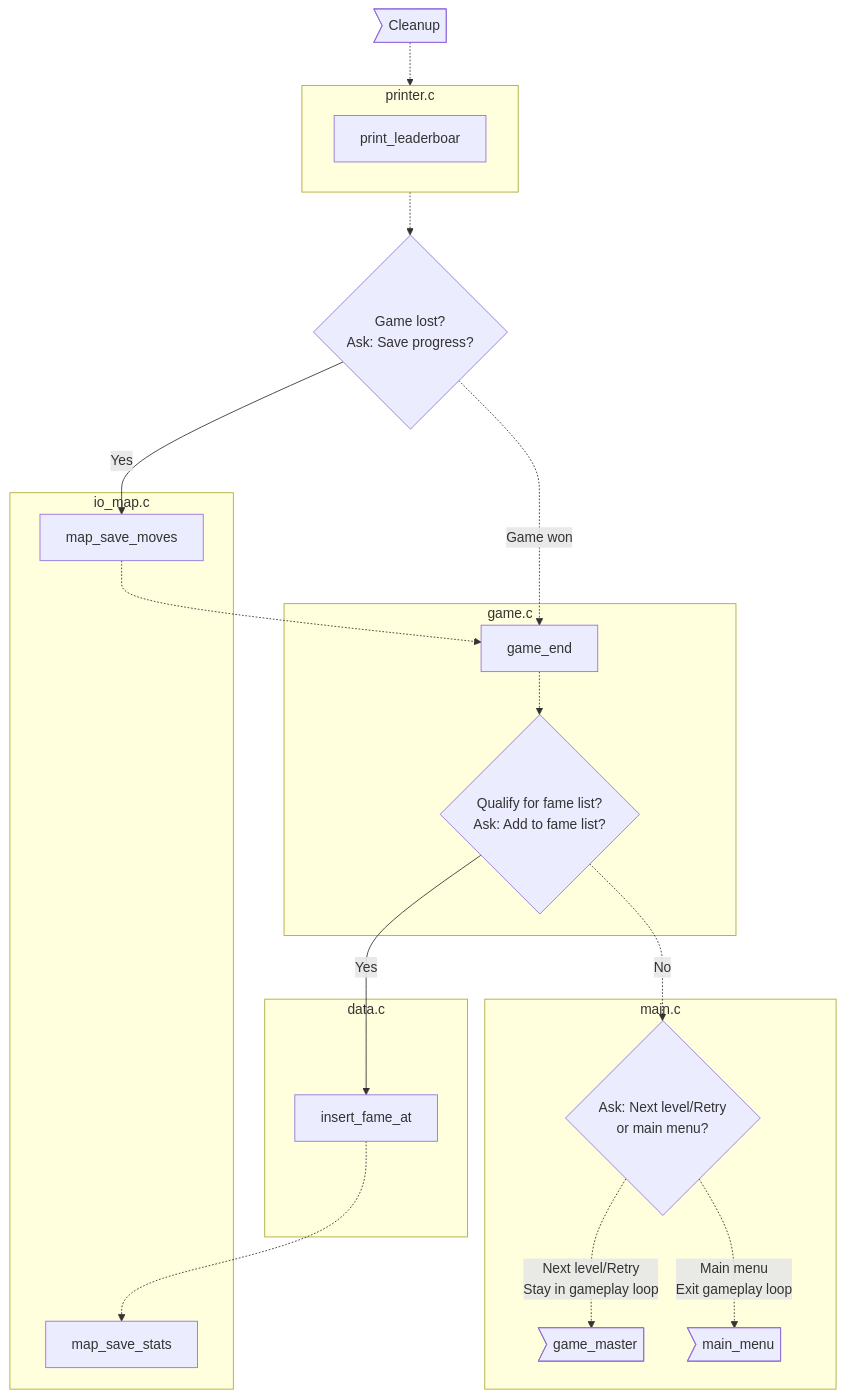
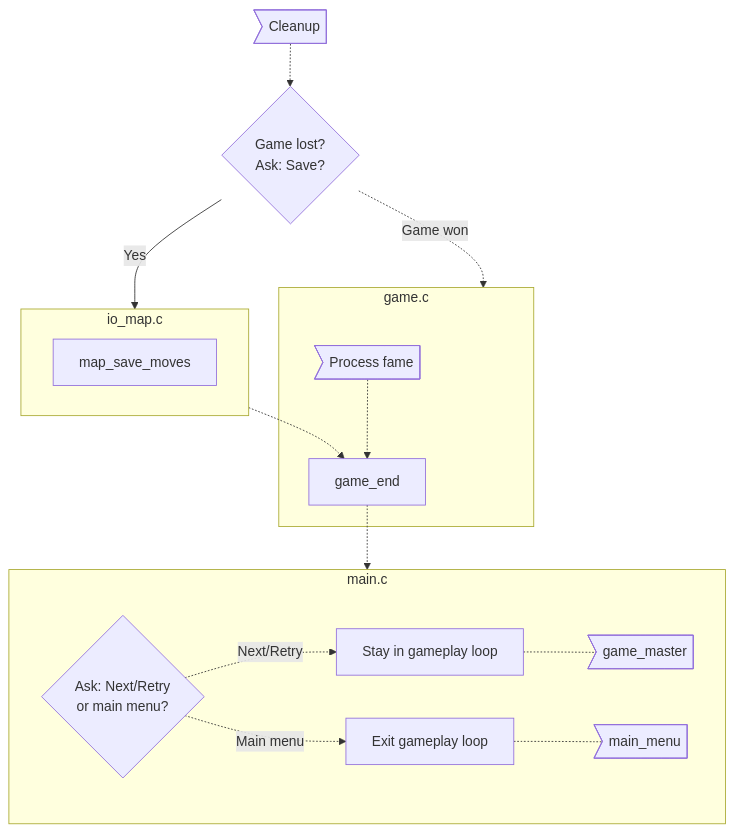
The fifth of 6 diagrams in DEV_DOC.md (zsotroav/Schokoban), drawn with Mermaid before and after one commit. The commit also changed other lines of this file, not shown here.

````diff
--- a/DEV_DOC.md
+++ b/DEV_DOC.md
@@ -161,36 +201,26 @@
 ```mermaid
-
 flowchart TD
    cleanup>Cleanup]
-   -.-> printer
-   -.-> game_won{Game lost?\nAsk: Save progress?}
-   --> |Yes| map_save_moves -.-> game_e["game_end"]
-   game_won -.-> |Game won| game_e
-
-   subgraph printer[printer.c]
-      print_leaderboar
-   end 
+   -.-> game_won{Game lost?\nAsk: Save?}
+   --> |Yes| io_map -.-> game_e["game_end"]
+   game_won -.-> |Game won| game
 
    subgraph io_map[io_map.c]
       map_save_moves
-      map_save_stats
    end 
 
-   subgraph data[data.c]
-        insert_fame_at
+   subgraph game[game.c]
+      fame>Process fame] -.-> game_e
    end
 
-   subgraph game[game.c]
-      game_e -.-> fame_add{Qualify for fame list?\nAsk: Add to fame list?} 
-      --> |Yes| insert_fame_at -.-> map_save_stats
-
-   end 
-    fame_add -.-> |No| ask_continue
+   game_e -.-> main
    
    subgraph main[main.c]
-   ask_continue{Ask: Next level/Retry\nor main menu?}
-   -.-> |Next level/Retry\nStay in gameplay loop| game_master>game_master]
-   ask_continue -.-> |Main menu\nExit gameplay loop| menu>main_menu]
-    
-end
+      direction LR
+      ask_continue{Ask: Next/Retry\nor main menu?}
+      -.-> |Next/Retry| stay[Stay in gameplay loop] 
+      -.- game_master>game_master]
+      ask_continue -.-> |Main menu| exit[Exit gameplay loop]
+      -.- menu>main_menu]
+   end
 ```
````
